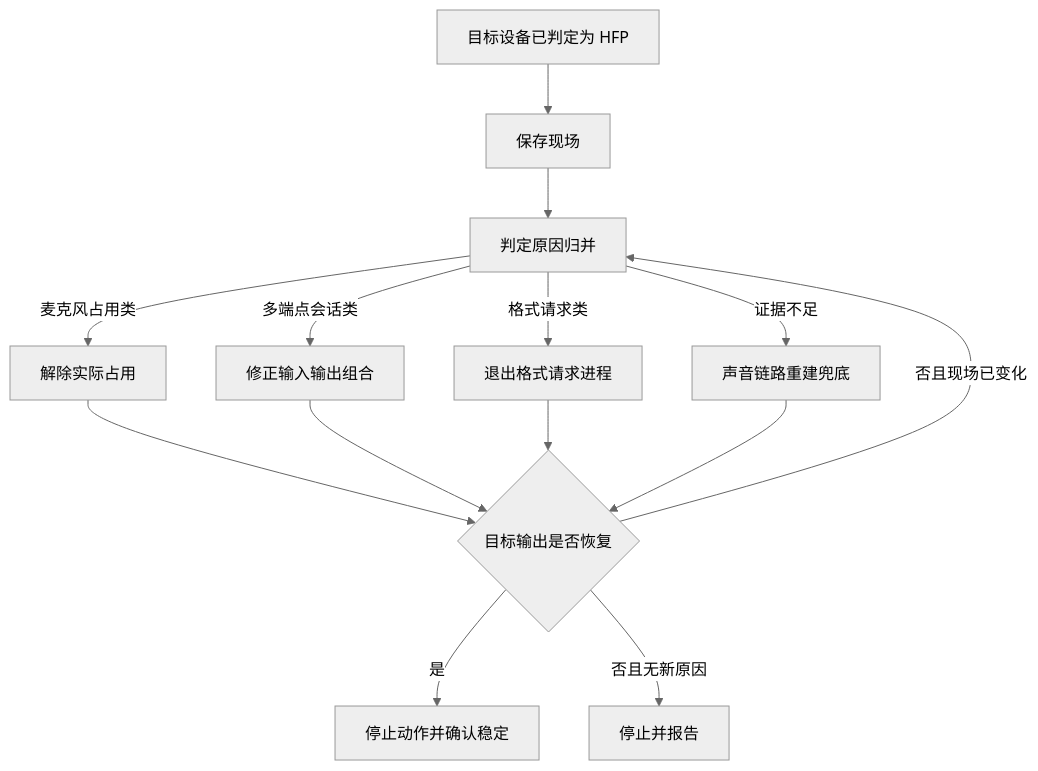
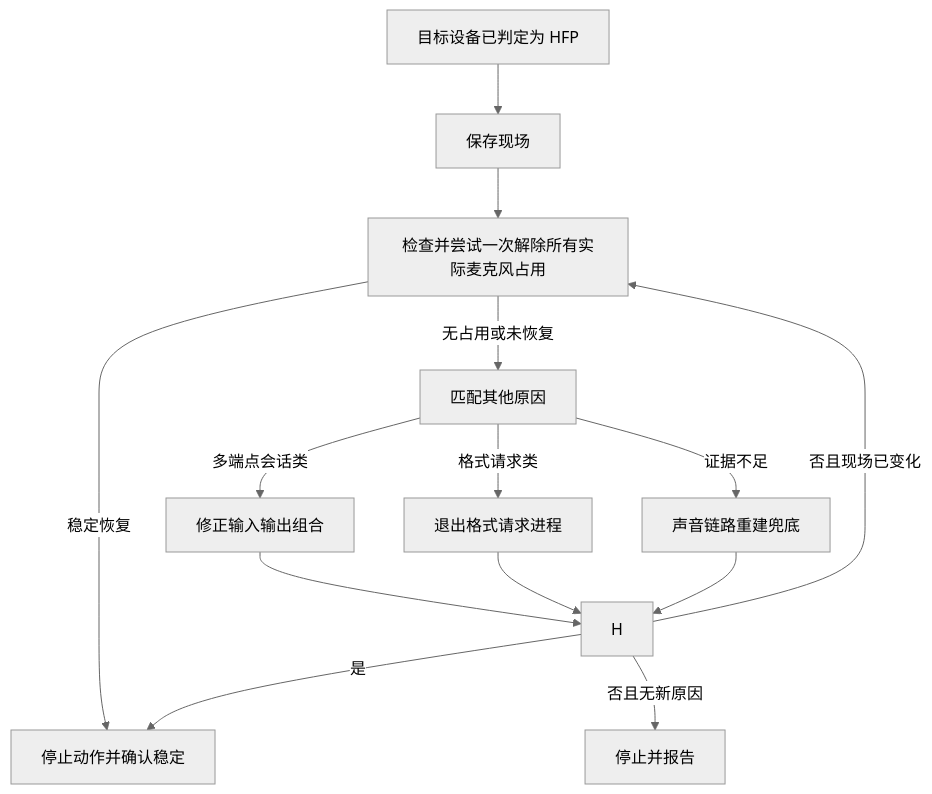
The diagram in reference/SPEC/HFP模式一键修复方案.md (andy-JustSayWhen/fix-Bluetooth-earphone-audio-problem), drawn with Mermaid (neutral theme) before and after one commit. The commit also changed other lines of this file and 11 other files, not shown here.

````diff
--- a/reference/SPEC/HFP模式一键修复方案.md
+++ b/reference/SPEC/HFP模式一键修复方案.md
@@ -28,16 +28,16 @@
 ```mermaid
 flowchart TD
     A[目标设备已判定为 HFP] --> B[保存现场]
-    B --> C[判定原因归并]
-    C -->|麦克风占用类| D[解除实际占用]
-    C -->|多端点会话类| E[修正输入输出组合]
-    C -->|格式请求类| F[退出格式请求进程]
-    C -->|证据不足| G[声音链路重建兜底]
-    D --> H{目标输出是否恢复}
+    B --> C[检查并尝试一次解除所有实际麦克风占用]
+    C -->|稳定恢复| I[停止动作并确认占用状态]
+    C -->|无占用或未恢复| K[匹配其他原因]
+    K -->|多端点会话类| E[修正输入输出组合]
+    K -->|格式请求类| F[退出格式请求进程]
+    K -->|证据不足| G[声音链路重建兜底]
     E --> H
     F --> H
     G --> H
     H -->|是| I[停止动作并确认稳定]
     H -->|否且现场已变化| C
     H -->|否且无新原因| J[停止并报告]
 ```
````
